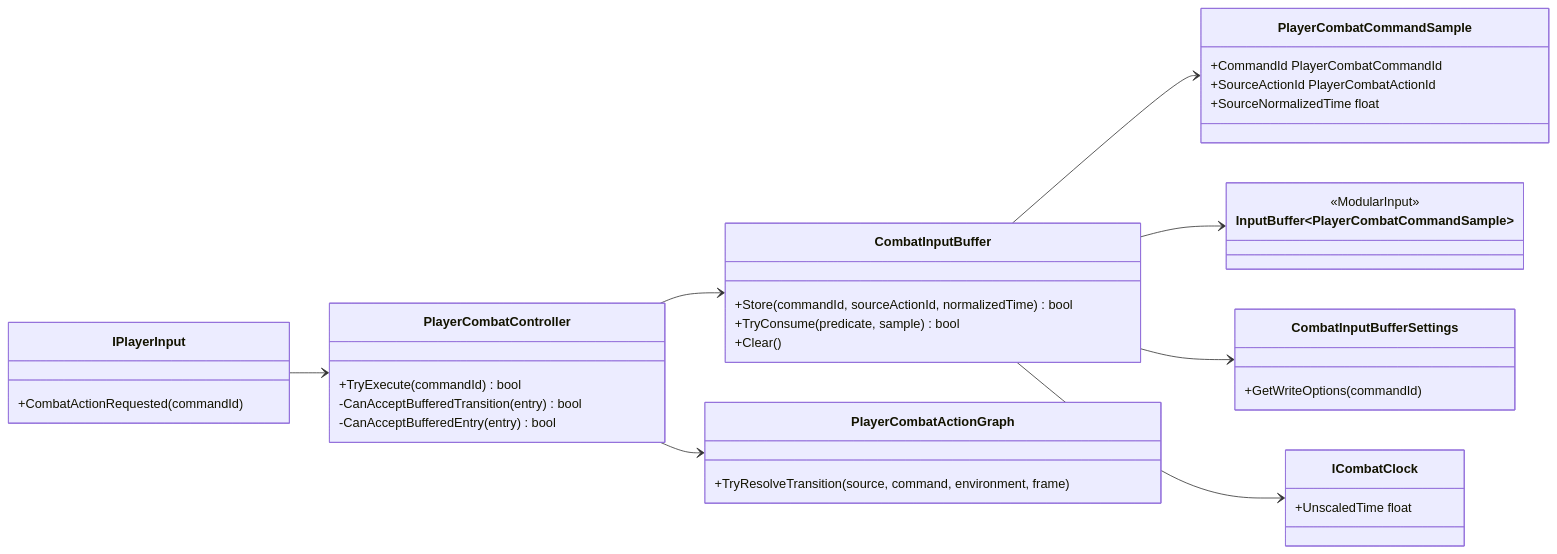
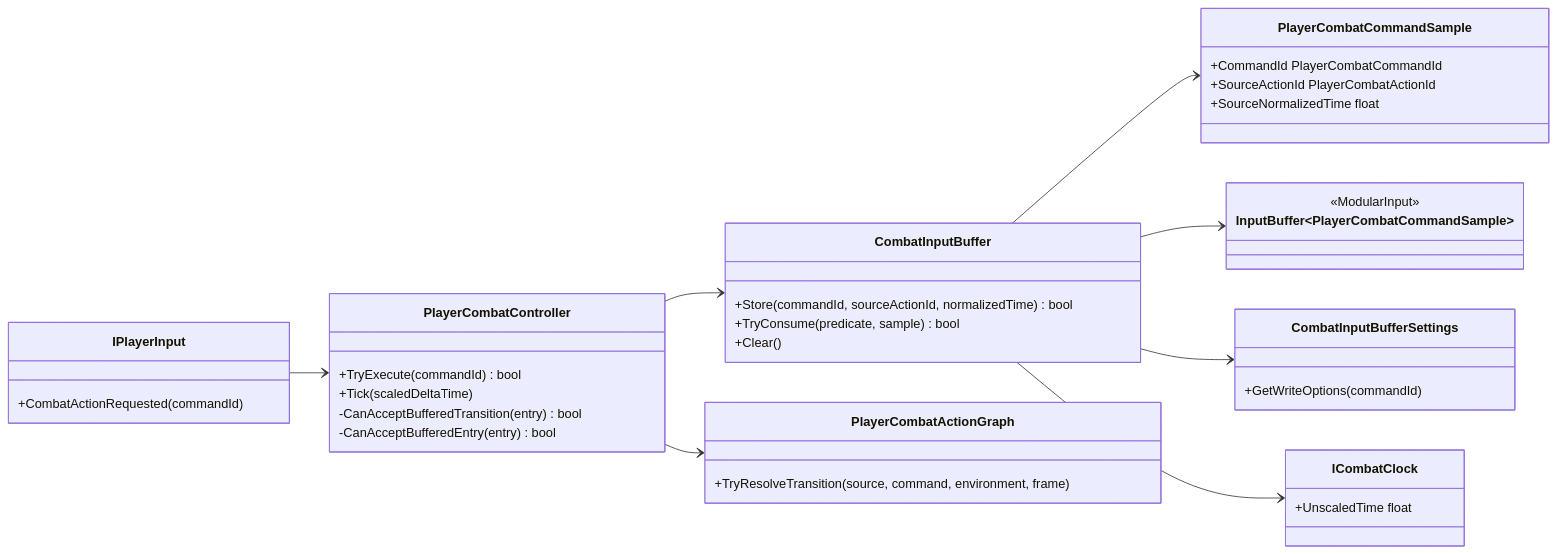
Before and after one commit to MaximFonariuc/project-s: the diagram in Docs/Architecture/Combat.InputBuffer.md, drawn with Mermaid. The commit also changed other lines of this file and 10 other files, not shown here.

Commit message:
refactor(combat): drive timeline from gameplay tick

````diff
--- a/Docs/Architecture/Combat.InputBuffer.md
+++ b/Docs/Architecture/Combat.InputBuffer.md
@@ -9,43 +9,44 @@
 ```mermaid
 classDiagram
     direction LR
 
     class IPlayerInput {
         +CombatActionRequested(commandId)
     }
     class PlayerCombatController {
         +TryExecute(commandId) bool
+        +Tick(scaledDeltaTime)
         -CanAcceptBufferedTransition(entry) bool
         -CanAcceptBufferedEntry(entry) bool
     }
     class CombatInputBuffer {
         +Store(commandId, sourceActionId, normalizedTime) bool
         +TryConsume(predicate, sample) bool
         +Clear()
     }
     class PlayerCombatCommandSample {
         +CommandId PlayerCombatCommandId
         +SourceActionId PlayerCombatActionId
         +SourceNormalizedTime float
     }
     class CombatInputBufferSettings {
         +GetWriteOptions(commandId)
     }
     class InputBuffer~PlayerCombatCommandSample~ {
         <<ModularInput>>
     }
     class PlayerCombatActionGraph {
         +TryResolveTransition(source, command, environment, frame)
     }
     class ICombatClock {
         +UnscaledTime float
     }
 
     IPlayerInput --> PlayerCombatController
     PlayerCombatController --> CombatInputBuffer
     PlayerCombatController --> PlayerCombatActionGraph
     CombatInputBuffer --> PlayerCombatCommandSample
     CombatInputBuffer --> InputBuffer~PlayerCombatCommandSample~
     CombatInputBuffer --> CombatInputBufferSettings
     CombatInputBuffer --> ICombatClock
 ```
````
